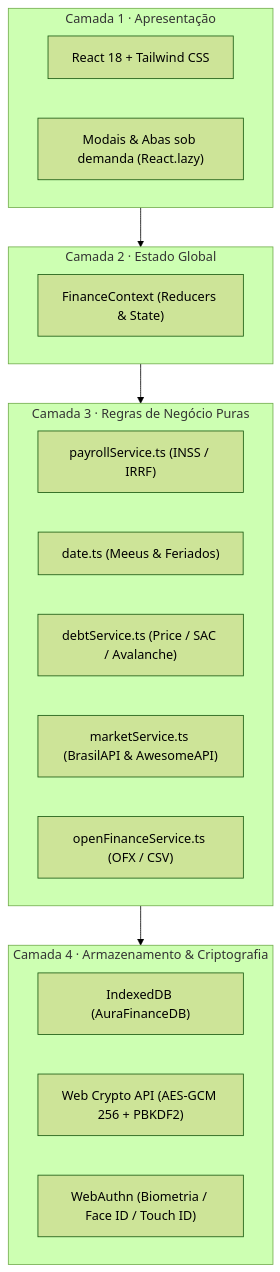
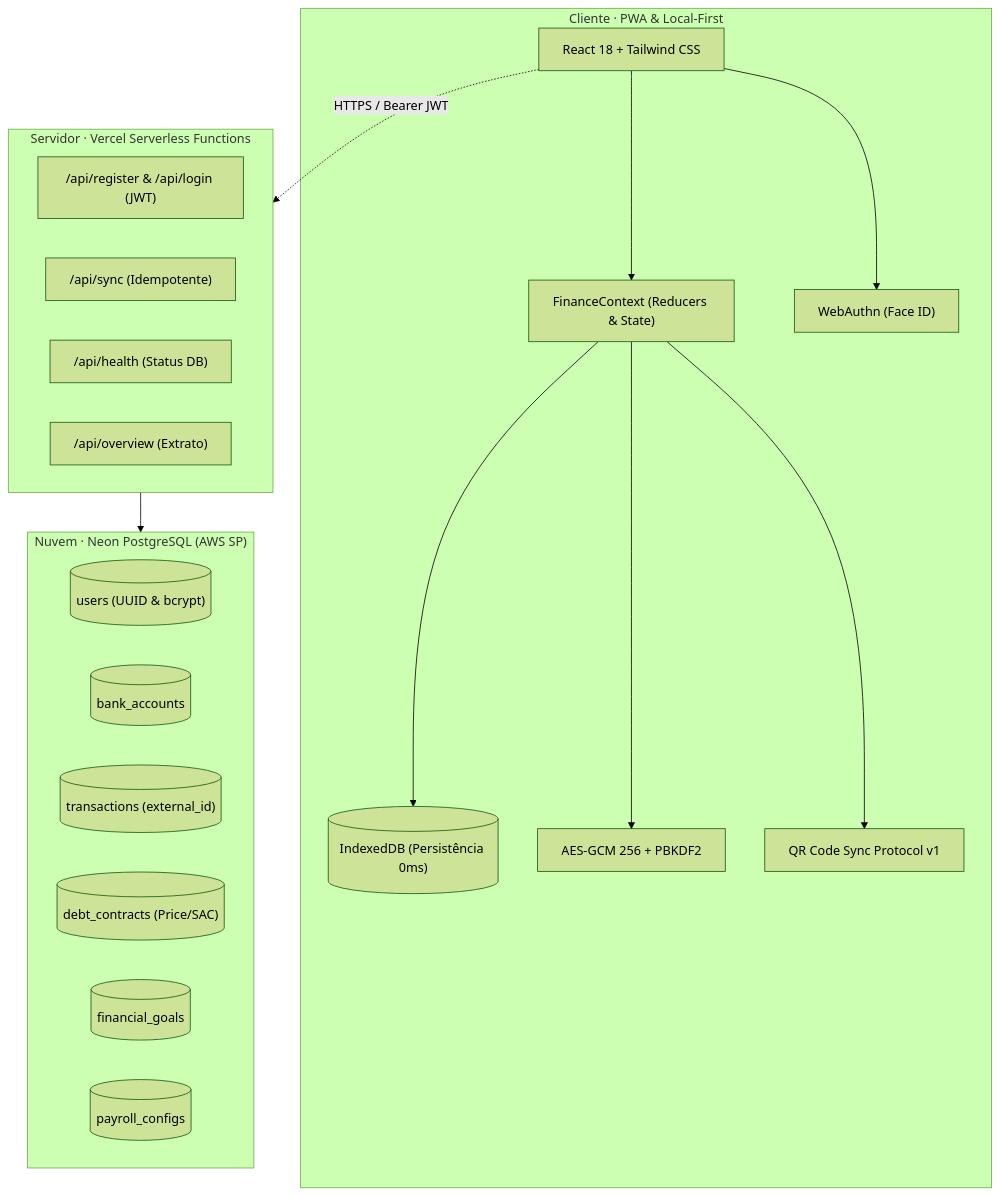
One commit to Henrique06Paiva/finpay-web changed the diagram in README.md. Above: the diagram before and after it, drawn with Mermaid (forest theme). The commit also changed other lines of this file and 2 other files, not shown here.

Commit message:
docs: update README and DATABASE_GUIDE with Neon PostgreSQL cloud architecture, multi-tenancy and API endpoints

````diff
--- a/README.md
+++ b/README.md
@@ -54,29 +66,36 @@
 ```mermaid
 flowchart TD
-    subgraph UI ["Camada 1 · Apresentação"]
-        React["React 18 + Tailwind CSS"]
-        Views["Modais & Abas sob demanda (React.lazy)"]
+    subgraph Client ["Cliente · PWA & Local-First"]
+        UI["React 18 + Tailwind CSS"]
+        State["FinanceContext (Reducers & State)"]
+        IDB[("IndexedDB (Persistência 0ms)")]
+        Biometrics["WebAuthn (Face ID)"]
+        Crypto["AES-GCM 256 + PBKDF2"]
+        QR["QR Code Sync Protocol v1"]
     end
 
-    subgraph State ["Camada 2 · Estado Global"]
-        Context["FinanceContext (Reducers & State)"]
+    subgraph Backend ["Servidor · Vercel Serverless Functions"]
+        API_Auth["/api/register & /api/login (JWT)"]
+        API_Sync["/api/sync (Idempotente)"]
+        API_Health["/api/health (Status DB)"]
+        API_Overview["/api/overview (Extrato)"]
     end
 
-    subgraph Domain ["Camada 3 · Regras de Negócio Puras"]
-        Payroll["payrollService.ts (INSS / IRRF)"]
-        Dates["date.ts (Meeus & Feriados)"]
-        Debts["debtService.ts (Price / SAC / Avalanche)"]
-        Market["marketService.ts (BrasilAPI & AwesomeAPI)"]
-        Parser["openFinanceService.ts (OFX / CSV)"]
-    end
-
-    subgraph Storage ["Camada 4 · Armazenamento & Criptografia"]
-        IDB["IndexedDB (AuraFinanceDB)"]
-        Crypto["Web Crypto API (AES-GCM 256 + PBKDF2)"]
-        Auth["WebAuthn (Biometria / Face ID / Touch ID)"]
+    subgraph Database ["Nuvem · Neon PostgreSQL (AWS SP)"]
+        PG_Users[("users (UUID & bcrypt)")]
+        PG_Accounts[("bank_accounts")]
+        PG_Tx[("transactions (external_id)")]
+        PG_Debts[("debt_contracts (Price/SAC)")]
+        PG_Goals[("financial_goals")]
+        PG_Payroll[("payroll_configs")]
     end
 
     UI --> State
-    State --> Domain
-    Domain --> Storage
+    State --> IDB
+    State --> QR
+    UI --> Biometrics
+    State --> Crypto
+
+    UI -.->|HTTPS / Bearer JWT| Backend
+    Backend --> Database
 ```
````
